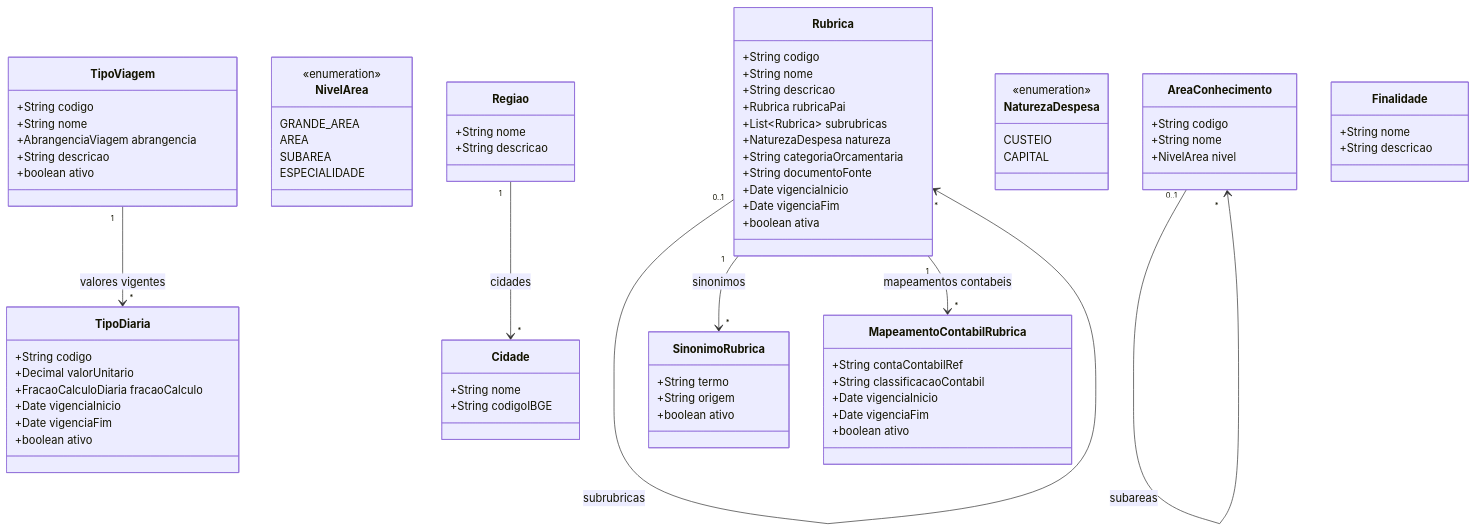
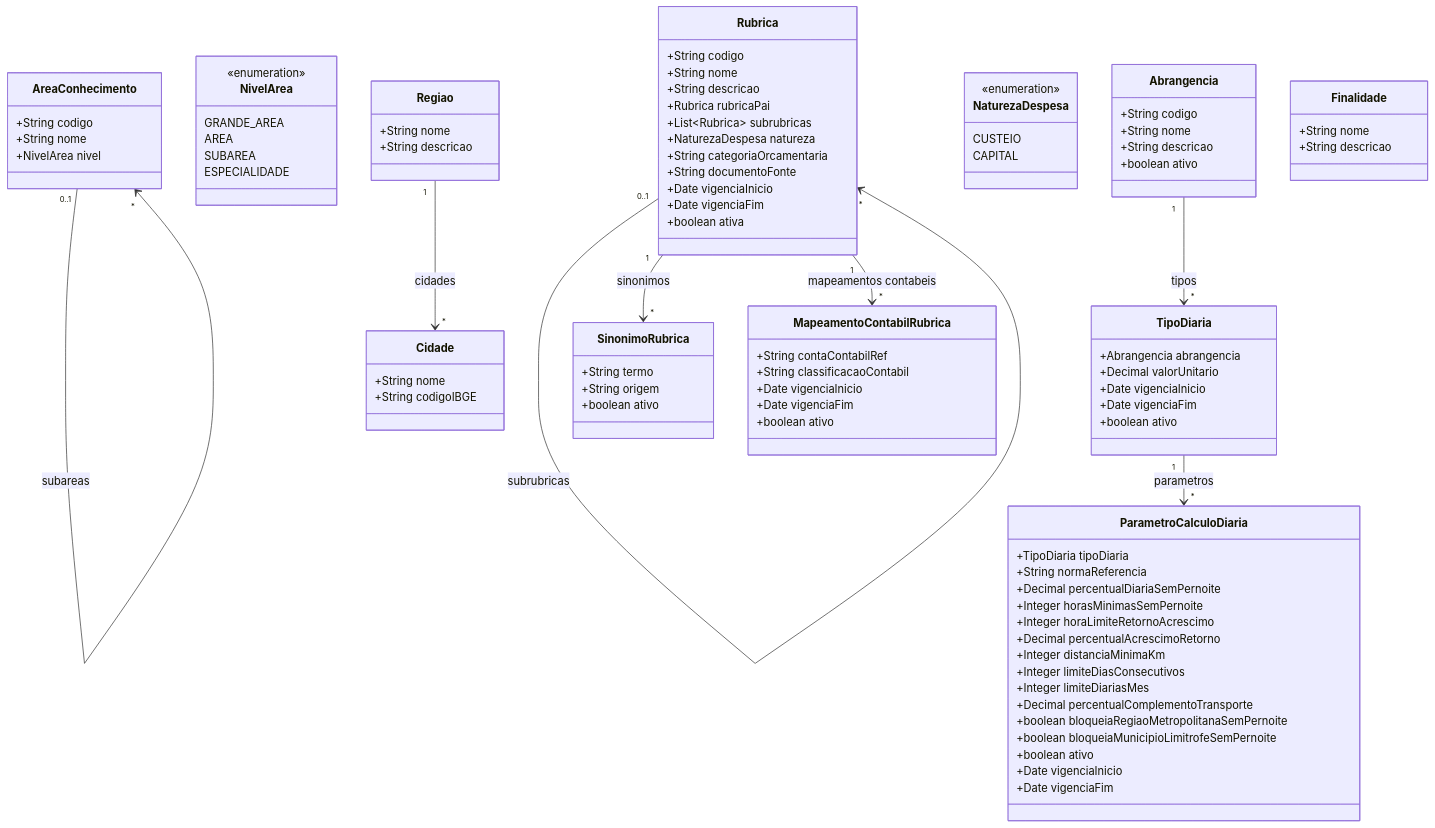
One commit to Czzped/conecta-fapes-teste changed the diagram in docs/implementation/modules/M008-cadastros-corporativos/modelo-estrutural-referencia.md. Above: the diagram before and after it, drawn with Mermaid. The commit also changed other lines of this file and 30 other files, not shown here.

````diff
--- a/docs/implementation/modules/M008-cadastros-corporativos/modelo-estrutural-referencia.md
+++ b/docs/implementation/modules/M008-cadastros-corporativos/modelo-estrutural-referencia.md
@@ -51,20 +51,36 @@
         +boolean ativa
     }
 
-    class TipoViagem {
-        +String codigo
-        +String nome
-        +AbrangenciaViagem abrangencia
-        +String descricao
+    class TipoDiaria {
+        +Abrangencia abrangencia
+        +Decimal valorUnitario
+        +Date vigenciaInicio
+        +Date vigenciaFim
         +boolean ativo
     }
 
-    class TipoDiaria {
-        +String codigo
-        +Decimal valorUnitario
-        +FracaoCalculoDiaria fracaoCalculo
+    class ParametroCalculoDiaria {
+        +TipoDiaria tipoDiaria
+        +String normaReferencia
+        +Decimal percentualDiariaSemPernoite
+        +Integer horasMinimasSemPernoite
+        +Integer horaLimiteRetornoAcrescimo
+        +Decimal percentualAcrescimoRetorno
+        +Integer distanciaMinimaKm
+        +Integer limiteDiasConsecutivos
+        +Integer limiteDiariasMes
+        +Decimal percentualComplementoTransporte
+        +boolean bloqueiaRegiaoMetropolitanaSemPernoite
+        +boolean bloqueiaMunicipioLimitrofeSemPernoite
+        +boolean ativo
         +Date vigenciaInicio
         +Date vigenciaFim
+    }
+
+    class Abrangencia {
+        +String codigo
+        +String nome
+        +String descricao
         +boolean ativo
     }
 
@@ -104,9 +120,10 @@
     }
 
     AreaConhecimento "0..1" --> "*" AreaConhecimento : subareas
-    TipoViagem "1" --> "*" TipoDiaria : valores vigentes
     Rubrica "0..1" --> "*" Rubrica : subrubricas
     Rubrica "1" --> "*" SinonimoRubrica : sinonimos
     Rubrica "1" --> "*" MapeamentoContabilRubrica : mapeamentos contabeis
+    Abrangencia "1" --> "*" TipoDiaria : tipos
+    TipoDiaria "1" --> "*" ParametroCalculoDiaria : parametros
     Regiao "1" --> "*" Cidade : cidades
 ```
````
